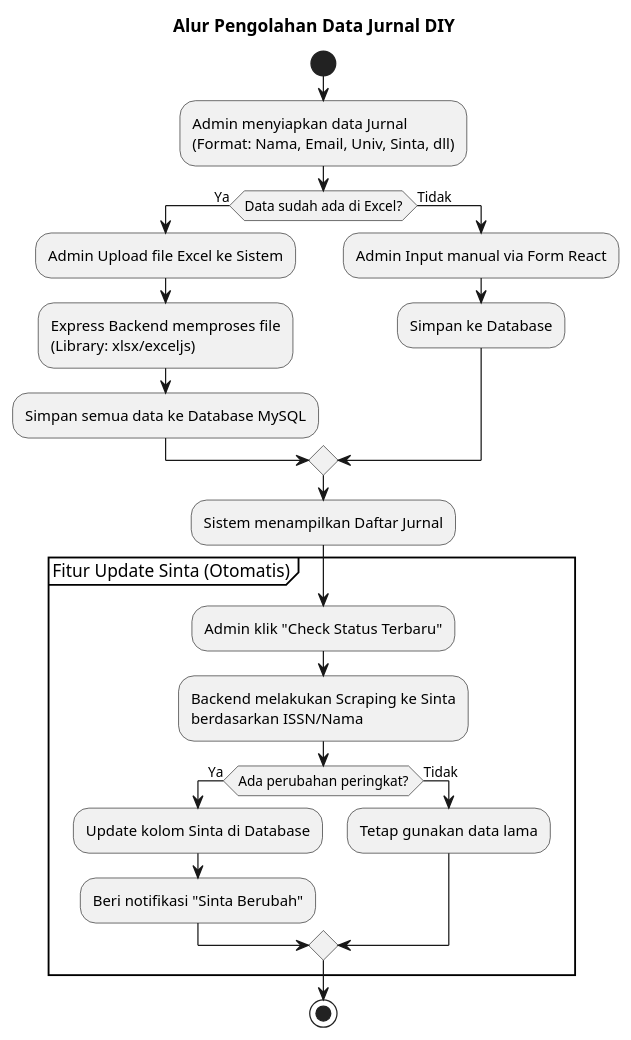
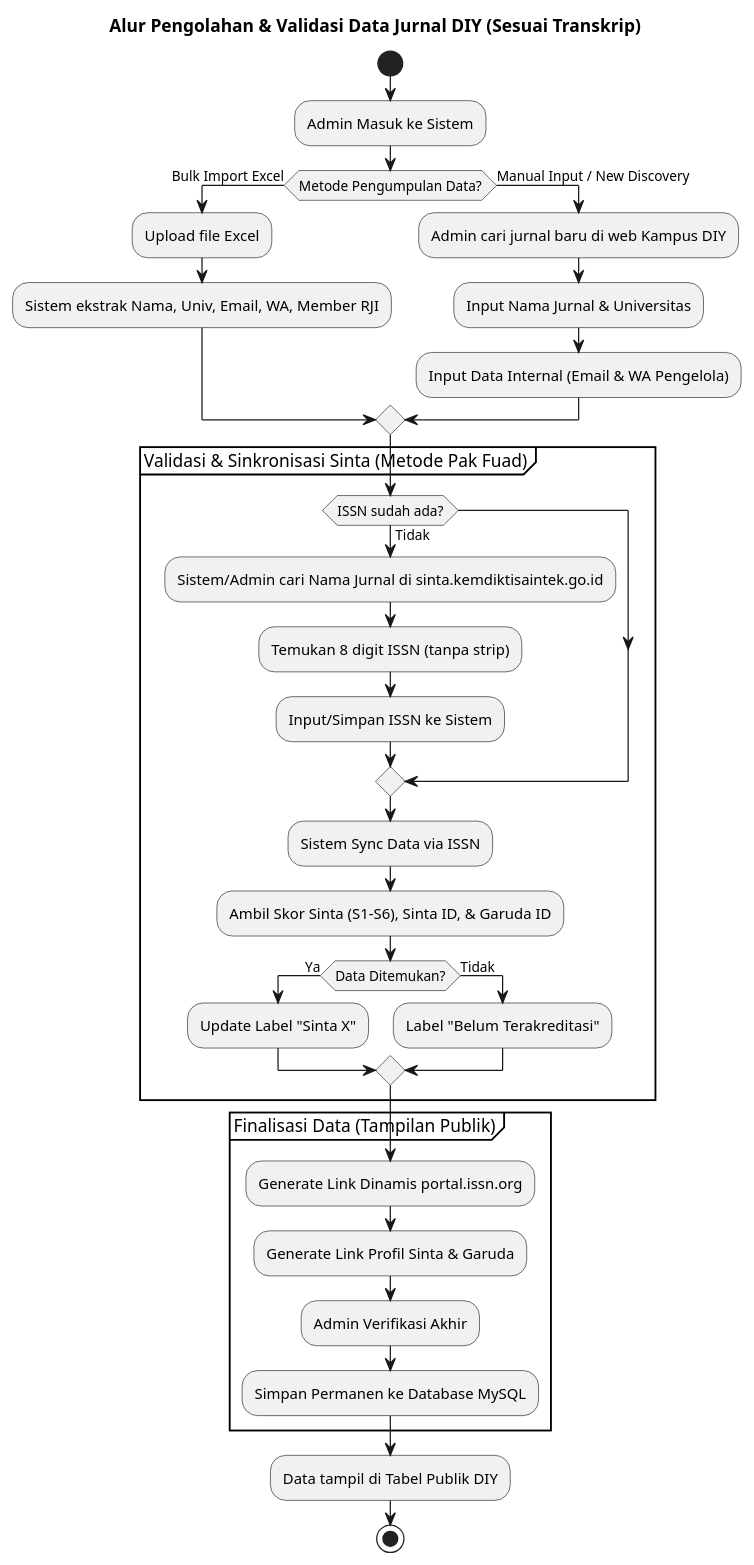
The diagram in flow.puml (adilaroisa/dbj), drawn with PlantUML before and after one commit. The commit also changed 5 other files, not shown here.

```diff
--- a/flow.puml
+++ b/flow.puml
@@ -1,30 +1,41 @@
 @startuml
-title Alur Pengolahan Data Jurnal DIY
+title Alur Pengolahan & Validasi Data Jurnal DIY (Sesuai Transkrip)
 
 start
-:Admin menyiapkan data Jurnal\n(Format: Nama, Email, Univ, Sinta, dll);
+:Admin Masuk ke Sistem;
 
-if (Data sudah ada di Excel?) then (Ya)
-  :Admin Upload file Excel ke Sistem;
-  :Express Backend memproses file\n(Library: xlsx/exceljs);
-  :Simpan semua data ke Database MySQL;
-else (Tidak)
-  :Admin Input manual via Form React;
-  :Simpan ke Database;
+if (Metode Pengumpulan Data?) then (Bulk Import Excel)
+  :Upload file Excel;
+  :Sistem ekstrak Nama, Univ, Email, WA, Member RJI;
+else (Manual Input / New Discovery)
+  :Admin cari jurnal baru di web Kampus DIY;
+  :Input Nama Jurnal & Universitas;
+  :Input Data Internal (Email & WA Pengelola);
 endif
 
-:Sistem menampilkan Daftar Jurnal;
+partition "Validasi & Sinkronisasi Sinta (Metode Pak Fuad)" {
+  if (ISSN sudah ada?) then (Tidak)
+    :Sistem/Admin cari Nama Jurnal di sinta.kemdiktisaintek.go.id;
+    :Temukan 8 digit ISSN (tanpa strip);
+    :Input/Simpan ISSN ke Sistem;
+  endif
 
-partition "Fitur Update Sinta (Otomatis)" {
-  :Admin klik "Check Status Terbaru";
-  :Backend melakukan Scraping ke Sinta\nberdasarkan ISSN/Nama;
-  if (Ada perubahan peringkat?) then (Ya)
-    :Update kolom Sinta di Database;
-    :Beri notifikasi "Sinta Berubah";
+  :Sistem Sync Data via ISSN;
+  :Ambil Skor Sinta (S1-S6), Sinta ID, & Garuda ID;
+  if (Data Ditemukan?) then (Ya)
+    :Update Label "Sinta X";
   else (Tidak)
-    :Tetap gunakan data lama;
+    :Label "Belum Terakreditasi";
   endif
 }
 
+partition "Finalisasi Data (Tampilan Publik)" {
+  :Generate Link Dinamis portal.issn.org;
+  :Generate Link Profil Sinta & Garuda;
+  :Admin Verifikasi Akhir;
+  :Simpan Permanen ke Database MySQL;
+}
+
+:Data tampil di Tabel Publik DIY;
 stop
-@endum
+@enduml
```
